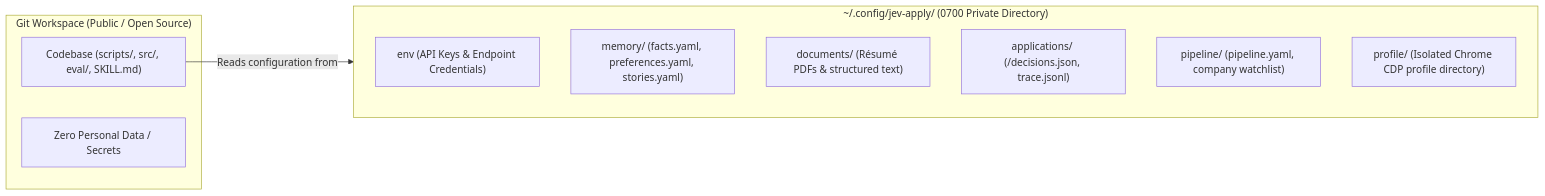
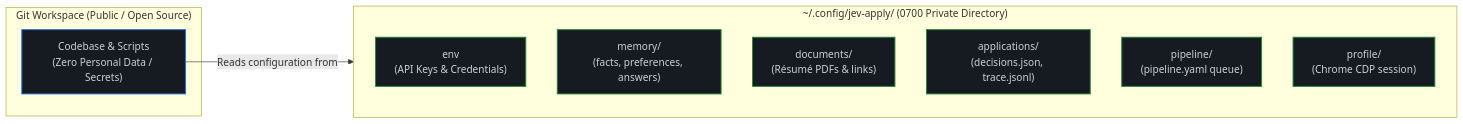
The second of 2 diagrams in README.md (TheAdaply/jev-apply), drawn with Mermaid before and after one commit. The commit also changed other lines of this file, not shown here.

Commit message:
docs(readme): simplify architecture flowcharts and embed both motion animations

````diff
--- a/README.md
+++ b/README.md
@@ -173,18 +128,20 @@
 ```mermaid
 flowchart LR
+  classDef repo fill:#161b22,stroke:#1f6feb,stroke-width:1.5px,color:#c9d1d9
+  classDef private fill:#161b22,stroke:#238636,stroke-width:1.5px,color:#c9d1d9
+
   subgraph Repository["Git Workspace (Public / Open Source)"]
-    RepoFiles["Codebase (scripts/, src/, eval/, SKILL.md)"]
-    ZeroData["Zero Personal Data / Secrets"]
+    RepoFiles["Codebase & Scripts<br/>(Zero Personal Data / Secrets)"]:::repo
   end
 
   subgraph HomeConfig["~/.config/jev-apply/ (0700 Private Directory)"]
-    Env["env (API Keys & Endpoint Credentials)"]
-    Memory["memory/ (facts.yaml, preferences.yaml, stories.yaml)"]
-    Docs["documents/ (Résumé PDFs & structured text)"]
-    Apps["applications/ (<slug>/decisions.json, trace.jsonl)"]
-    Pipe["pipeline/ (pipeline.yaml, company watchlist)"]
-    Profile["profile/ (Isolated Chrome CDP profile directory)"]
+    Env["env<br/>(API Keys & Credentials)"]:::private
+    Memory["memory/<br/>(facts, preferences, answers)"]:::private
+    Docs["documents/<br/>(Résumé PDFs & links)"]:::private
+    Apps["applications/<br/>(decisions.json, trace.jsonl)"]:::private
+    Pipe["pipeline/<br/>(pipeline.yaml queue)"]:::private
+    Profile["profile/<br/>(Chrome CDP session)"]:::private
   end
 
   RepoFiles -->|Reads configuration from| HomeConfig
 ```
````
